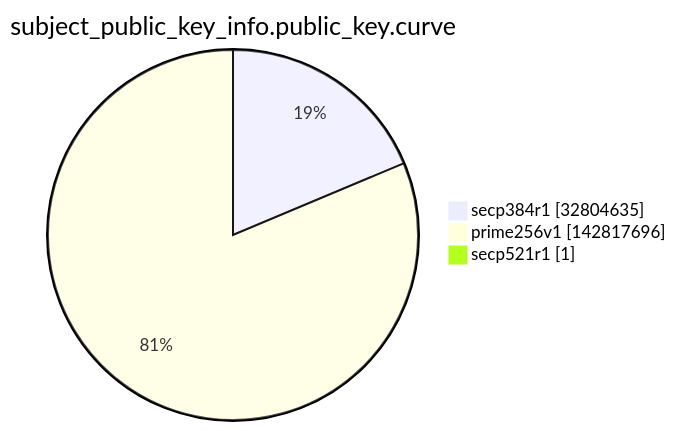
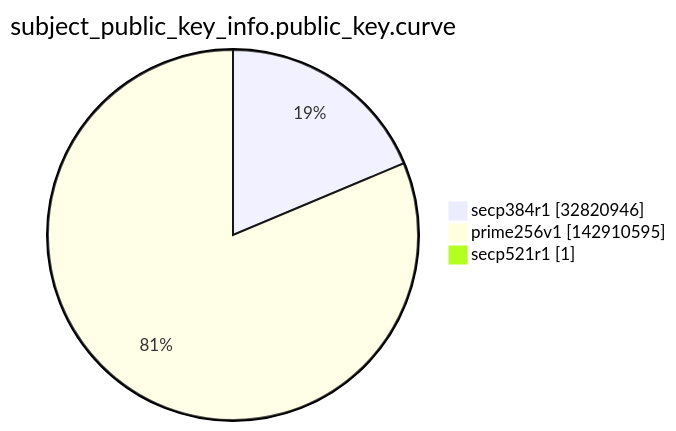
One commit to christiankrug/ctmonitor_visualization changed the ninth of 15 diagrams in argon2022/README.md. Above: the diagram before and after it, drawn with Mermaid. The commit also changed other lines of this file, not shown here.

````diff
--- a/argon2022/README.md
+++ b/argon2022/README.md
@@ -2764,7 +2764,7 @@
 ```mermaid
 pie showData
 title subject_public_key_info.public_key.curve
-"secp384r1" :32804635
-"prime256v1" :142817696
+"secp384r1" :32820946
+"prime256v1" :142910595
 "secp521r1" :1
 ```
````
